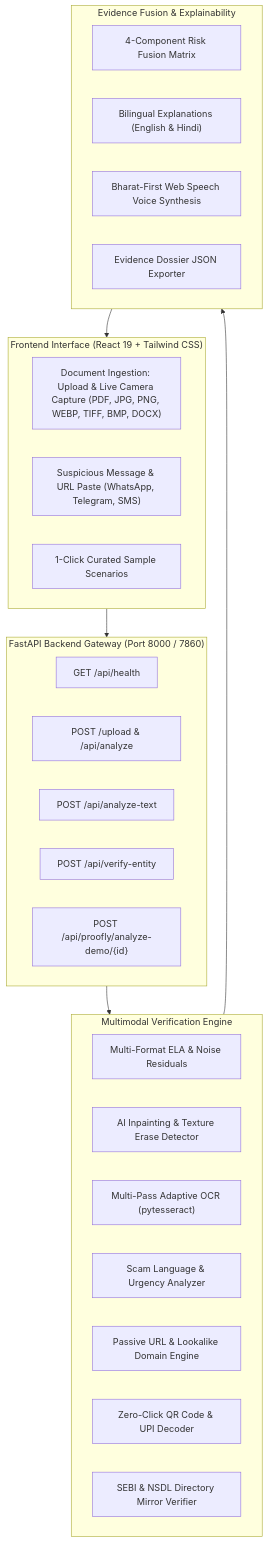
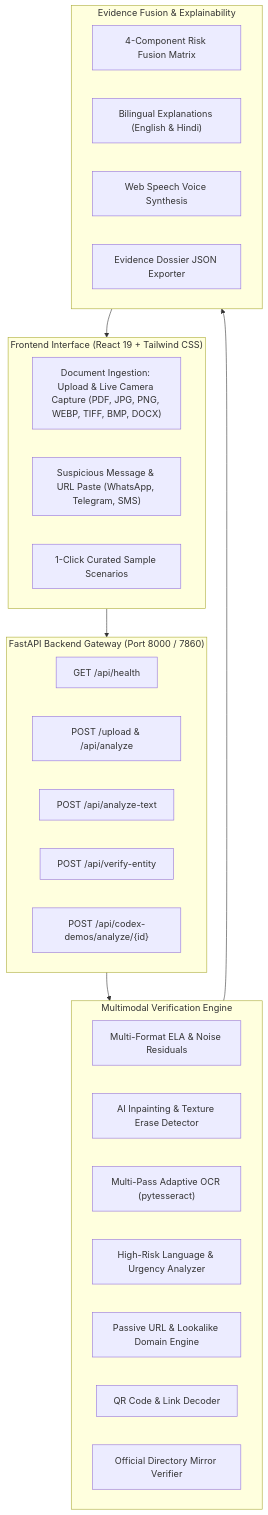
One commit to 17rajsal/document-forgery-ai changed the diagram in README.md. Above: the diagram before and after it, drawn with Mermaid. The commit also changed other lines of this file and 7 other files, not shown here.

````diff
--- a/README.md
+++ b/README.md
@@ -99,38 +96,38 @@
 ```mermaid
 flowchart TD
     subgraph Client["Frontend Interface (React 19 + Tailwind CSS)"]
         UI1["Document Ingestion: Upload & Live Camera Capture (PDF, JPG, PNG, WEBP, TIFF, BMP, DOCX)"]
         UI2["Suspicious Message & URL Paste (WhatsApp, Telegram, SMS)"]
         UI3["1-Click Curated Sample Scenarios"]
     end
 
     subgraph API["FastAPI Backend Gateway (Port 8000 / 7860)"]
         H["GET /api/health"]
         S["POST /upload & /api/analyze"]
         T["POST /api/analyze-text"]
         E["POST /api/verify-entity"]
-        D["POST /api/proofly/analyze-demo/{id}"]
+        D["POST /api/codex-demos/analyze/{id}"]
     end
 
     subgraph Forensics["Multimodal Verification Engine"]
         CV1["Multi-Format ELA & Noise Residuals"]
         CV2["AI Inpainting & Texture Erase Detector"]
         OCR["Multi-Pass Adaptive OCR (pytesseract)"]
-        NLP["Scam Language & Urgency Analyzer"]
+        NLP["High-Risk Language & Urgency Analyzer"]
         URL["Passive URL & Lookalike Domain Engine"]
-        QR["Zero-Click QR Code & UPI Decoder"]
-        REG["SEBI & NSDL Directory Mirror Verifier"]
+        QR["QR Code & Link Decoder"]
+        REG["Official Directory Mirror Verifier"]
     end
 
     subgraph Synthesis["Evidence Fusion & Explainability"]
         FUS["4-Component Risk Fusion Matrix"]
         EXP["Bilingual Explanations (English & Hindi)"]
-        VOI["Bharat-First Web Speech Voice Synthesis"]
+        VOI["Web Speech Voice Synthesis"]
         DOS["Evidence Dossier JSON Exporter"]
     end
 
     Client --> API
     API --> Forensics
     Forensics --> Synthesis
     Synthesis --> Client
 ```
````
